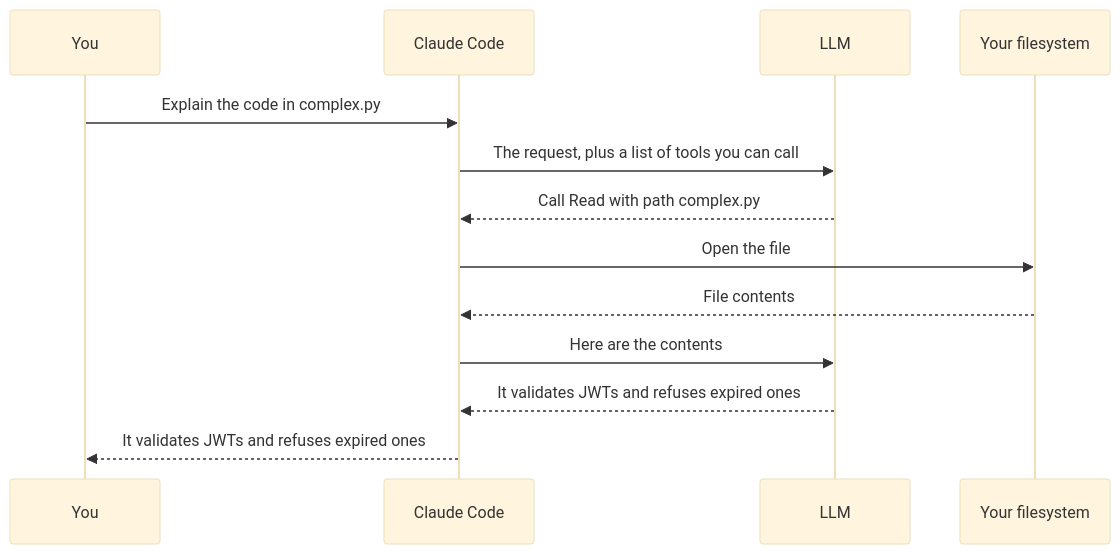
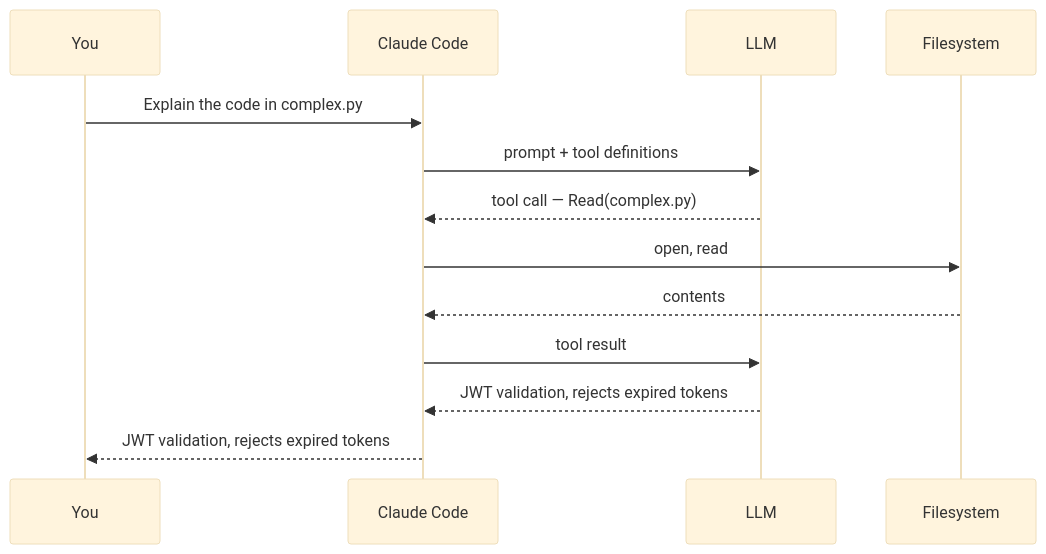
Before and after one commit to devops-monk/ai-blog: the second of 3 diagrams in content/posts/2026/cc-01-what-claude-code-is.md, drawn with Mermaid (base theme). The commit also changed other lines of this file and 3 other files, not shown here.

````diff
--- a/content/posts/2026/cc-01-what-claude-code-is.md
+++ b/content/posts/2026/cc-01-what-claude-code-is.md
@@ -44,15 +26,15 @@
 ```mermaid
 sequenceDiagram
     participant You
     participant CC as Claude Code
     participant LLM
-    participant FS as Your filesystem
+    participant FS as Filesystem
     You->>CC: Explain the code in complex.py
-    CC->>LLM: The request, plus a list of tools you can call
-    LLM-->>CC: Call Read with path complex.py
-    CC->>FS: Open the file
-    FS-->>CC: File contents
-    CC->>LLM: Here are the contents
-    LLM-->>CC: It validates JWTs and refuses expired ones
-    CC-->>You: It validates JWTs and refuses expired ones
+    CC->>LLM: prompt + tool definitions
+    LLM-->>CC: tool call — Read(complex.py)
+    CC->>FS: open, read
+    FS-->>CC: contents
+    CC->>LLM: tool result
+    LLM-->>CC: JWT validation, rejects expired tokens
+    CC-->>You: JWT validation, rejects expired tokens
 ```
````
